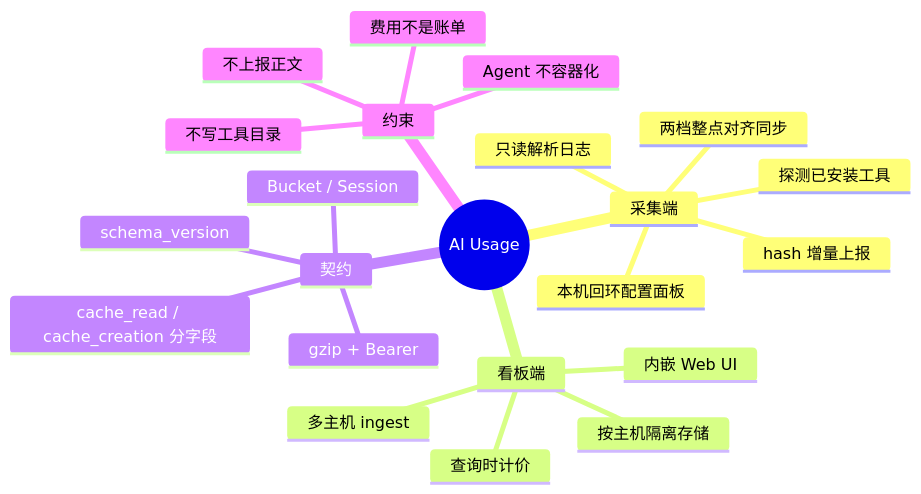
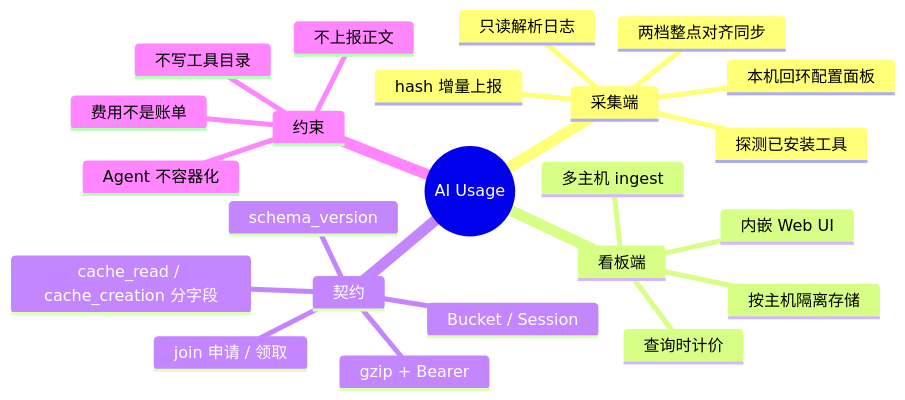
One commit to Huanfiy/ai-usage changed the first of 5 diagrams in docs/design/architecture.md. Above: the diagram before and after it, drawn with Mermaid. The commit also changed other lines of this file and 26 other files, not shown here.

````diff
--- a/docs/design/architecture.md
+++ b/docs/design/architecture.md
@@ -18,25 +18,26 @@
 ```mermaid
 mindmap
   root((AI Usage))
     采集端
       探测已安装工具
       只读解析日志
       两档整点对齐同步
       hash 增量上报
       本机回环配置面板
     看板端
       多主机 ingest
       按主机隔离存储
       查询时计价
       内嵌 Web UI
     契约
       schema_version
       Bucket / Session
       cache_read / cache_creation 分字段
       gzip + Bearer
+      join 申请 / 领取
     约束
       不写工具目录
       不上报正文
       Agent 不容器化
       费用不是账单
 ```
````
